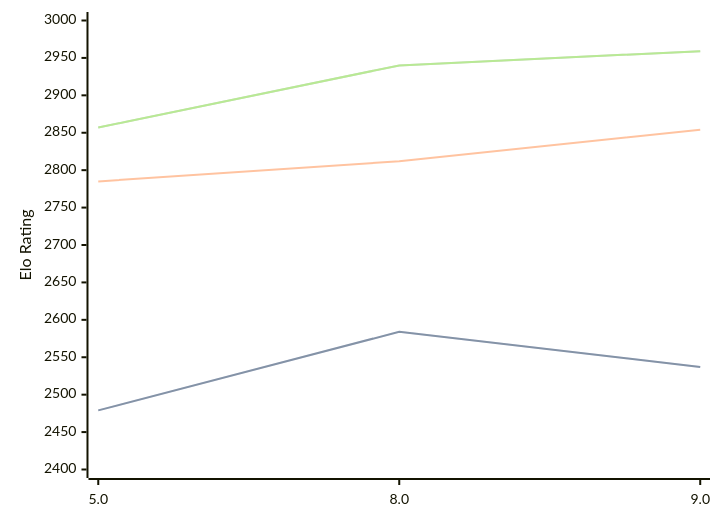
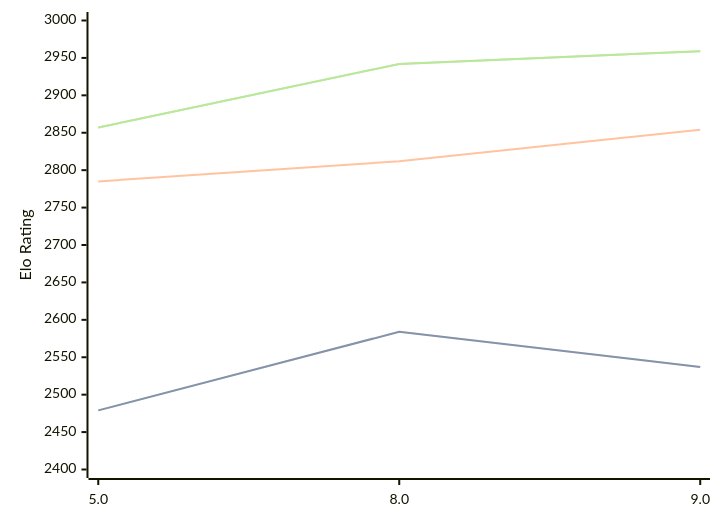
Before and after one commit to computer-chess-index/cci: the diagram in engines/4kc.md, drawn with Mermaid. The commit also changed other lines of this file, not shown here.

Commit message:
Update CCI Ratings (ELO VLTC) - 2026-08-25

````diff
--- a/engines/4kc.md
+++ b/engines/4kc.md
@@ -33,11 +33,11 @@
 ```mermaid
 %%{init: {"theme":"base","themeVariables":{"seriesColors:['#a3a3a3','#222221','#faa371']}}}%%
 xychart-beta
   x-axis ["5.0", "8.0", "9.0"]
   y-axis "Elo Rating" 2400 --> 3000
   line "STC (8.0+0.08s)" [2479, 2584, 2537]
   line "STC (8.0+0.08s)" [2479, 2584, 2537]
   line "LTC (60.0+0.60s)" [2785, 2812, 2854]
-  line "VLTC (2m24s+1.12s)" [2857, 2940, 2959]
-  line "VLTC (2m24s+1.12s)" [2857, 2940, 2959]
+  line "VLTC (2m24s+1.12s)" [2857, 2942, 2959]
+  line "VLTC (2m24s+1.12s)" [2857, 2942, 2959]
 ```
````
